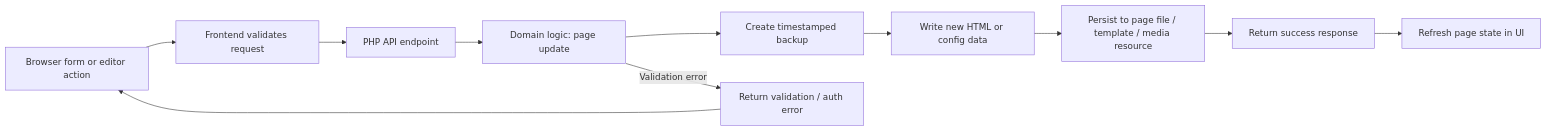
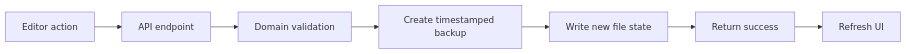
The fourth of 5 diagrams in docs/ARCHITECTURE.md (tbreuss/jaco-cms), drawn with Mermaid before and after one commit. The commit also changed other lines of this file, not shown here.

Commit message:
Compress the architecture overview into a concise, non-redundant system overview for docs/ARCHITECTURE.md

````diff
--- a/docs/ARCHITECTURE.md
+++ b/docs/ARCHITECTURE.md
@@ -123,14 +101,9 @@
 ```mermaid
 flowchart LR
-    Browser[Browser form or editor action] --> Frontend[Frontend validates request]
-    Frontend --> API[PHP API endpoint]
-    API --> Domain[Domain logic: page update]
+    UI[Editor action] --> API[API endpoint]
+    API --> Domain[Domain validation]
     Domain --> Backup[Create timestamped backup]
-    Backup --> Write[Write new HTML or config data]
-    Write --> Persist[Persist to page file / template / media resource]
-    Persist --> Notify[Return success response]
-    Notify --> Refresh[Refresh page state in UI]
-
-    Domain -->|Validation error| Error[Return validation / auth error]
-    Error --> Browser
+    Backup --> Persist[Write new file state]
+    Persist --> Notify[Return success]
+    Notify --> Refresh[Refresh UI]
 ```
````
